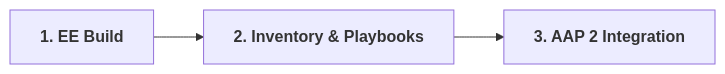
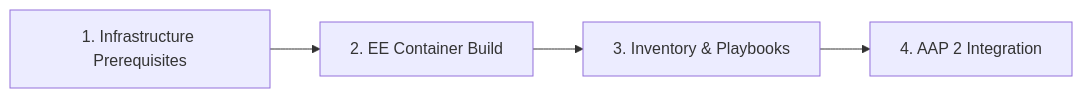
Before and after one commit to ppremru/LaunchAdoption-AAP: the diagram in usecase/aap-ee-kerb/00-kerberos.md, drawn with Mermaid. The commit also changed other lines of this file, not shown here.

````diff
--- a/usecase/aap-ee-kerb/00-kerberos.md
+++ b/usecase/aap-ee-kerb/00-kerberos.md
@@ -62,9 +35,7 @@
 ```mermaid
 flowchart LR
-    M1["<b>1. EE Build"]
-    M2["<b>2. Inventory & Playbooks"]
-    M3["<b>3. AAP 2 Integration"]
-
-    M1 --> M2 --> M3
+    P["1. Infrastructure Prerequisites"] --> M1["2. EE Container Build"]
+    M1 --> M2["3. Inventory & Playbooks"]
+    M2 --> M3["4. AAP 2 Integration"]
 
 ```
````
